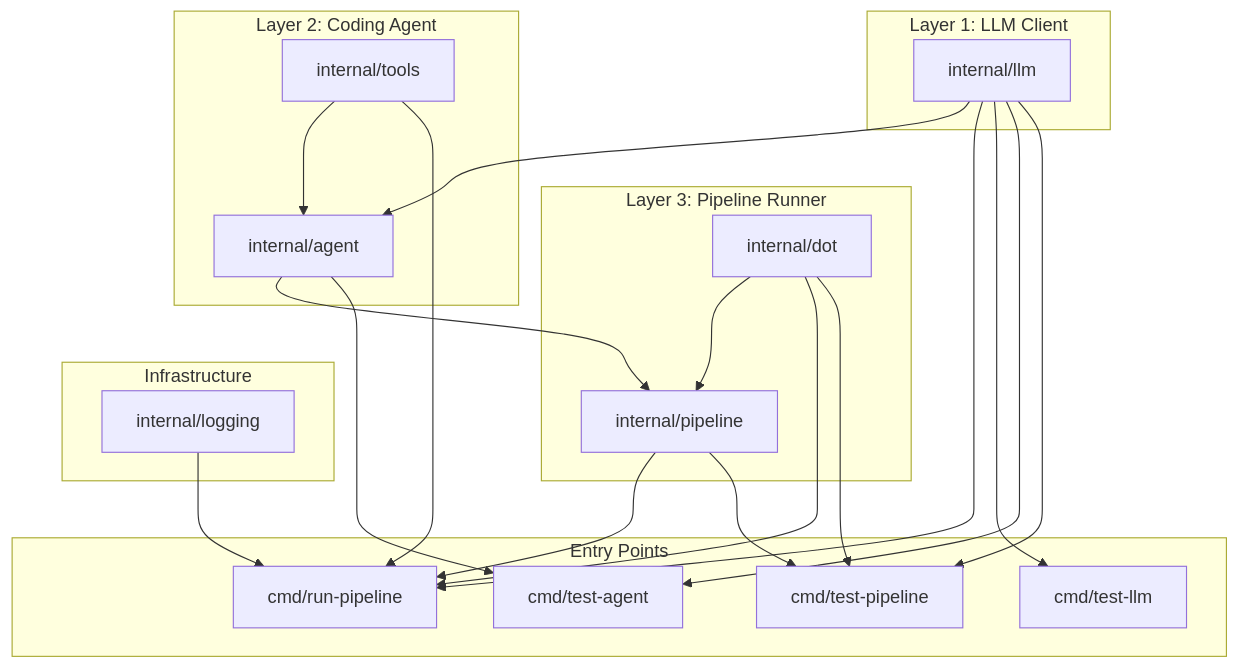
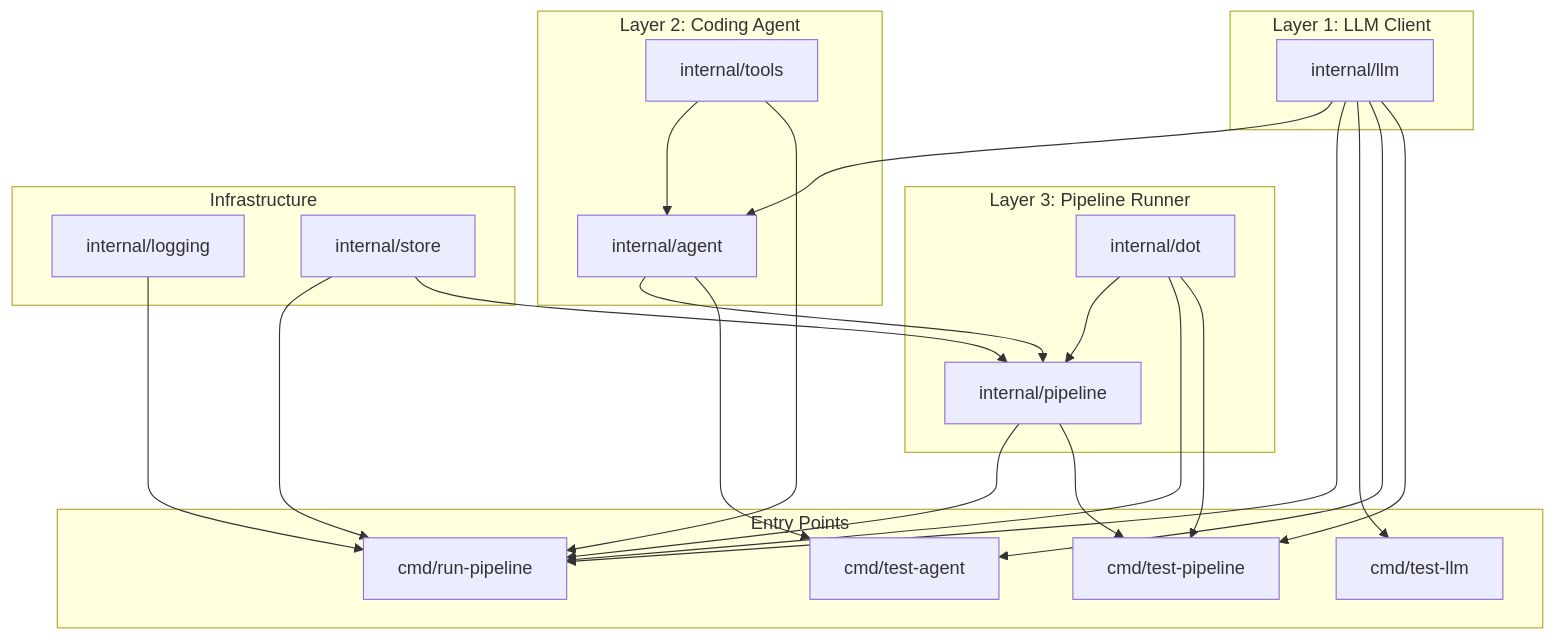
One commit to campallison/attractor changed the first of 11 diagrams in docs/architecture.md. Above: the diagram before and after it, drawn with Mermaid. The commit also changed other lines of this file and 11 other files, not shown here.

First line of the commit message:
Add observability database for pipeline run persistence

````diff
--- a/docs/architecture.md
+++ b/docs/architecture.md
@@ -11,45 +11,48 @@
 ```mermaid
 graph TB
     subgraph layer3 [Layer 3: Pipeline Runner]
         dotPkg["internal/dot"]
         pipelinePkg["internal/pipeline"]
     end
 
     subgraph layer2 [Layer 2: Coding Agent]
         agentPkg["internal/agent"]
         toolsPkg["internal/tools"]
     end
 
     subgraph layer1 [Layer 1: LLM Client]
         llmPkg["internal/llm"]
     end
 
     subgraph infra [Infrastructure]
         loggingPkg["internal/logging"]
+        storePkg["internal/store"]
     end
 
     subgraph entrypoints [Entry Points]
         runPipeline["cmd/run-pipeline"]
         testLLM["cmd/test-llm"]
         testAgent["cmd/test-agent"]
         testPipeline["cmd/test-pipeline"]
     end
 
     dotPkg --> pipelinePkg
     llmPkg --> agentPkg
     toolsPkg --> agentPkg
     agentPkg --> pipelinePkg
 
     llmPkg --> runPipeline
     pipelinePkg --> runPipeline
     dotPkg --> runPipeline
     loggingPkg --> runPipeline
     toolsPkg --> runPipeline
+    storePkg --> runPipeline
+    storePkg --> pipelinePkg
 
     llmPkg --> testLLM
     llmPkg --> testAgent
     agentPkg --> testAgent
     dotPkg --> testPipeline
     pipelinePkg --> testPipeline
     llmPkg --> testPipeline
 ```
````
